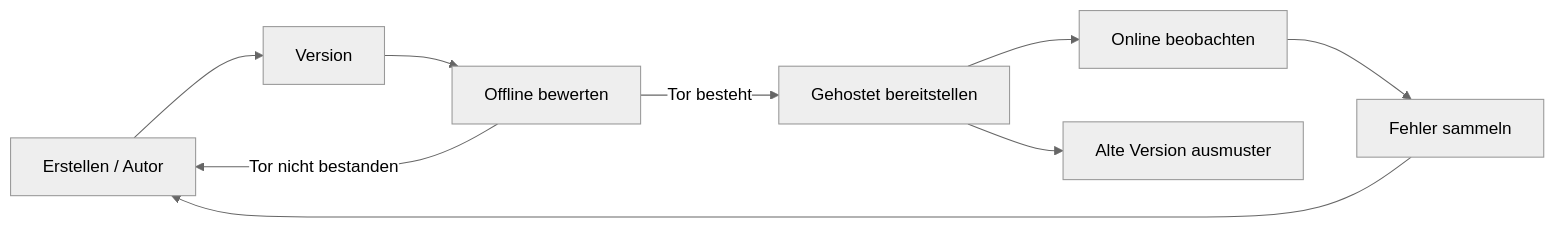
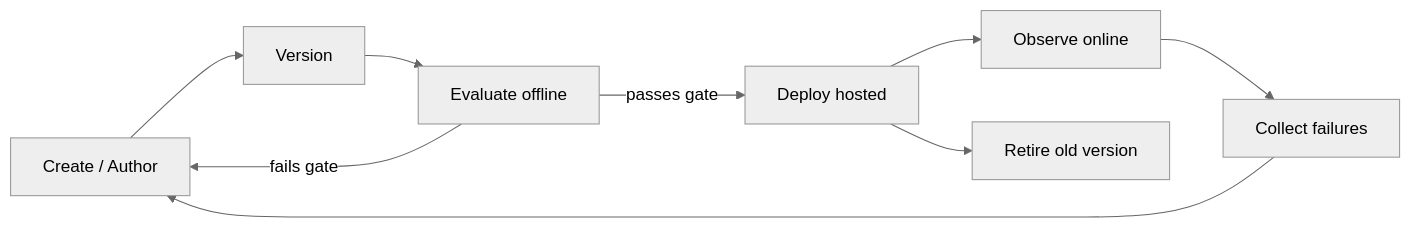
The second of 4 diagrams in translations/en/16-deploying-scalable-agents/README.md (microsoft/ai-agents-for-beginners), drawn with Mermaid (neutral theme) before and after one commit. The commit also changed other lines of this file and 47 other files, not shown here.

````diff
--- a/translations/en/16-deploying-scalable-agents/README.md
+++ b/translations/en/16-deploying-scalable-agents/README.md
@@ -108,11 +108,11 @@
 ```mermaid
 flowchart LR
-    Create[Erstellen / Autor] --> Version[Version]
-    Version --> Evaluate[Offline bewerten]
-    Evaluate -->|Tor besteht| Deploy[Gehostet bereitstellen]
-    Evaluate -->|Tor nicht bestanden| Create
-    Deploy --> Observe[Online beobachten]
-    Observe --> Improve[Fehler sammeln]
+    Create[Create / Author] --> Version[Version]
+    Version --> Evaluate[Evaluate offline]
+    Evaluate -->|passes gate| Deploy[Deploy hosted]
+    Evaluate -->|fails gate| Create
+    Deploy --> Observe[Observe online]
+    Observe --> Improve[Collect failures]
     Improve --> Create
-    Deploy --> Retire[Alte Version ausmuster]
+    Deploy --> Retire[Retire old version]
 ```
````
